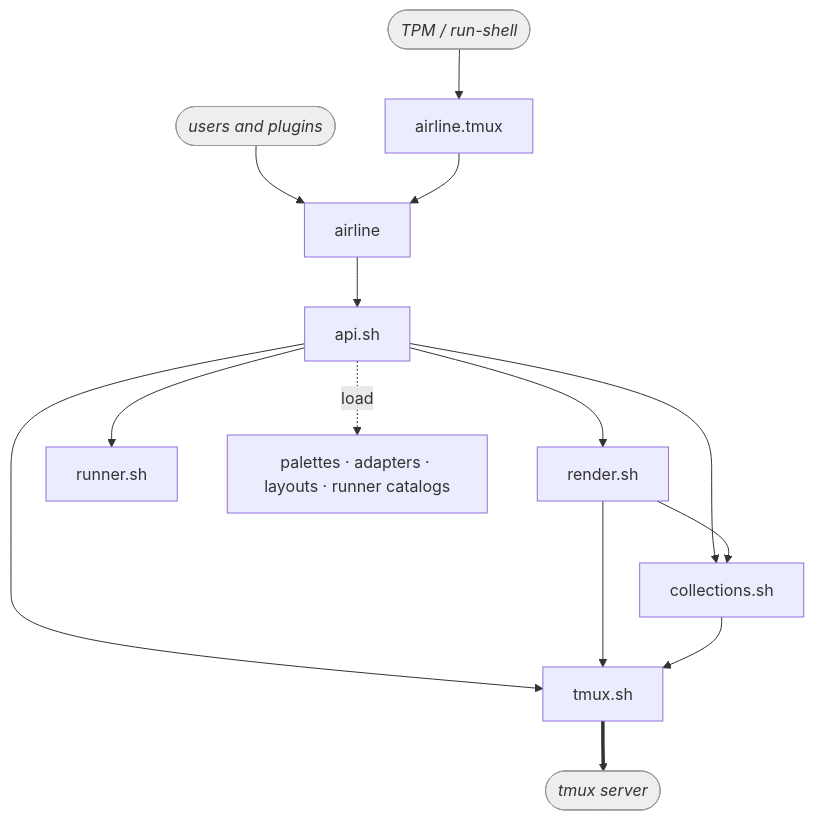
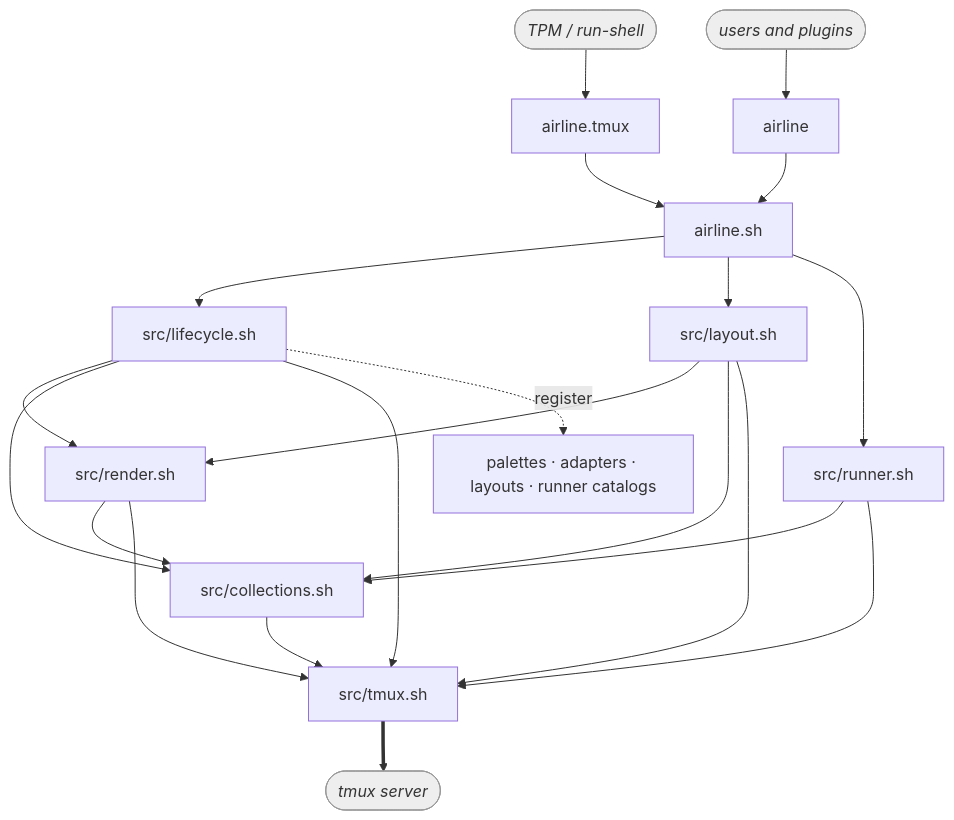
Before and after one commit to andrewjstryker/tmux-airline: the first of 2 diagrams in DESIGN.md, drawn with Mermaid. The commit also changed other lines of this file and 28 other files, not shown here.

````diff
--- a/DESIGN.md
+++ b/DESIGN.md
@@ -53,18 +55,25 @@
 ```mermaid
 graph TD
     TPM([TPM / run-shell]):::ext --> ENTRY[airline.tmux]
-    EXT([users and plugins]):::ext --> CLI[airline]
-    ENTRY --> CLI
-    CLI --> API[api.sh]
-    API --> LOGIC[render.sh]
-    API --> RUNNER[runner.sh]
-    API --> COLL[collections.sh]
+    EXT([users and plugins]):::ext --> SHIM[airline]
+    ENTRY --> CLI[airline.sh]
+    SHIM --> CLI
+    CLI --> LIFE[src/lifecycle.sh]
+    CLI --> LAYOUT[src/layout.sh]
+    CLI --> RUNNER[src/runner.sh]
+    LIFE --> LOGIC[src/render.sh]
+    LAYOUT --> LOGIC
+    LIFE --> COLL[src/collections.sh]
+    LAYOUT --> COLL
+    RUNNER --> COLL
     LOGIC --> COLL
-    API --> MECH[tmux.sh]
+    LIFE --> MECH[src/tmux.sh]
+    LAYOUT --> MECH
+    RUNNER --> MECH
     LOGIC --> MECH
     COLL --> MECH
-    API -. load .-> FILES[palettes · adapters · layouts · runner catalogs]
+    LIFE -. register .-> FILES[palettes · adapters · layouts · runner catalogs]
     MECH ==> TMUX([tmux server]):::ext
 
     classDef ext fill:#eee,stroke:#999,color:#333,font-style:italic;
 ```
````
